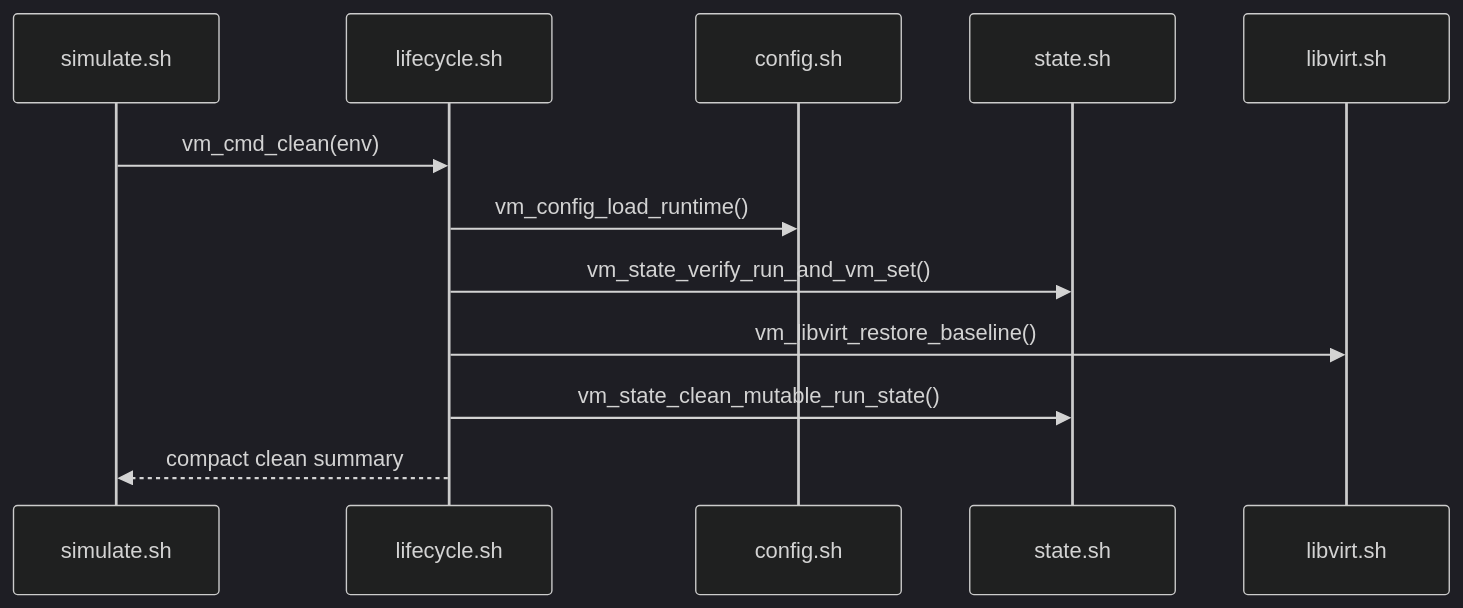
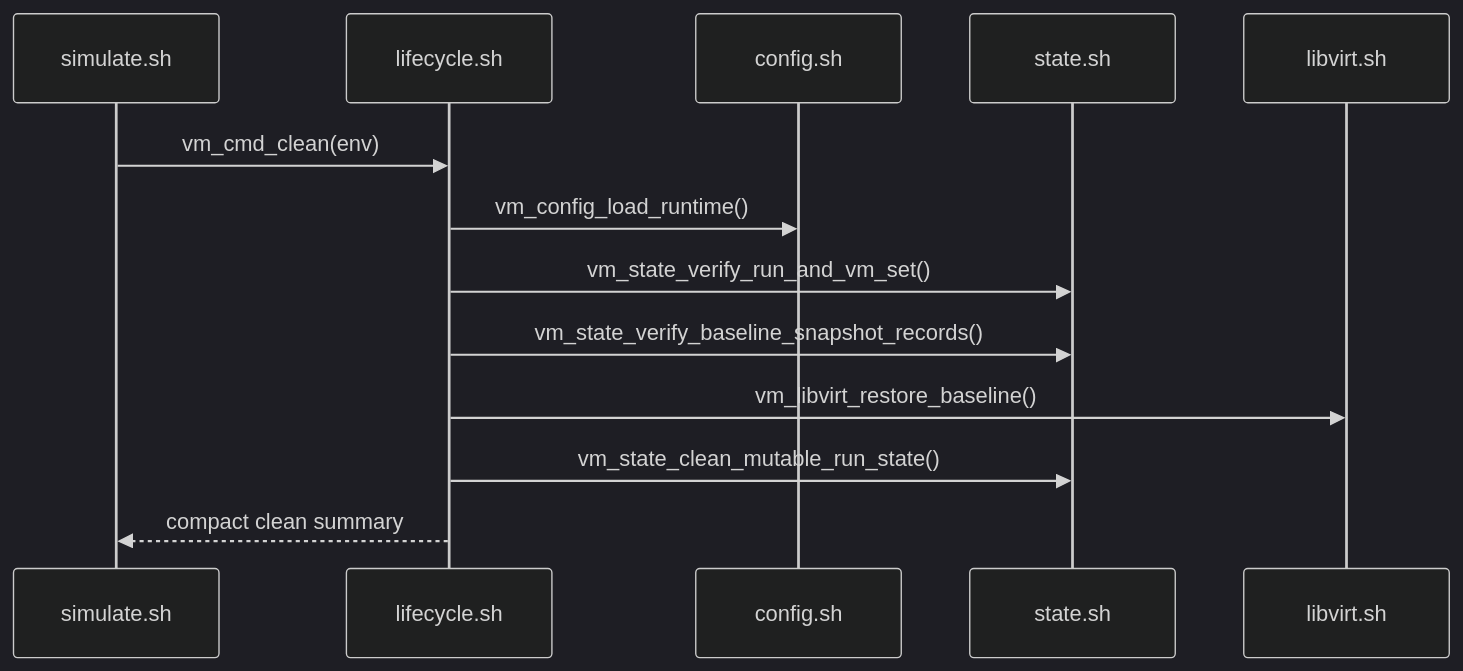
Before and after one commit to NoNine/loopforge: diagram 17 of 19 in simulation/vm/sequences.md, drawn with Mermaid (dark theme). The commit also changed other lines of this file and 12 other files, not shown here.

````diff
--- a/simulation/vm/sequences.md
+++ b/simulation/vm/sequences.md
@@ -336,15 +336,16 @@
 ```mermaid
 sequenceDiagram
   participant CLI as simulate.sh
   participant LC as lifecycle.sh
   participant CFG as config.sh
   participant ST as state.sh
   participant LV as libvirt.sh
 
   CLI->>LC: vm_cmd_clean(env)
   LC->>CFG: vm_config_load_runtime()
   LC->>ST: vm_state_verify_run_and_vm_set()
+  LC->>ST: vm_state_verify_baseline_snapshot_records()
   LC->>LV: vm_libvirt_restore_baseline()
   LC->>ST: vm_state_clean_mutable_run_state()
   LC-->>CLI: compact clean summary
 ```
````
